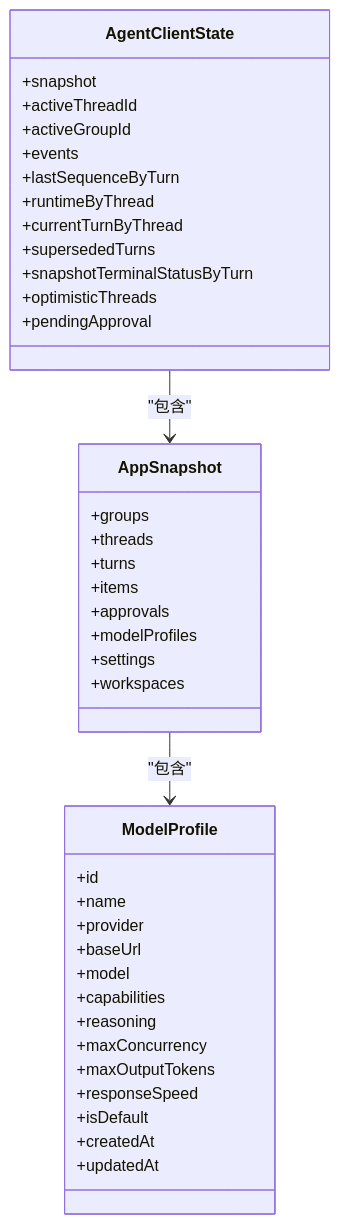
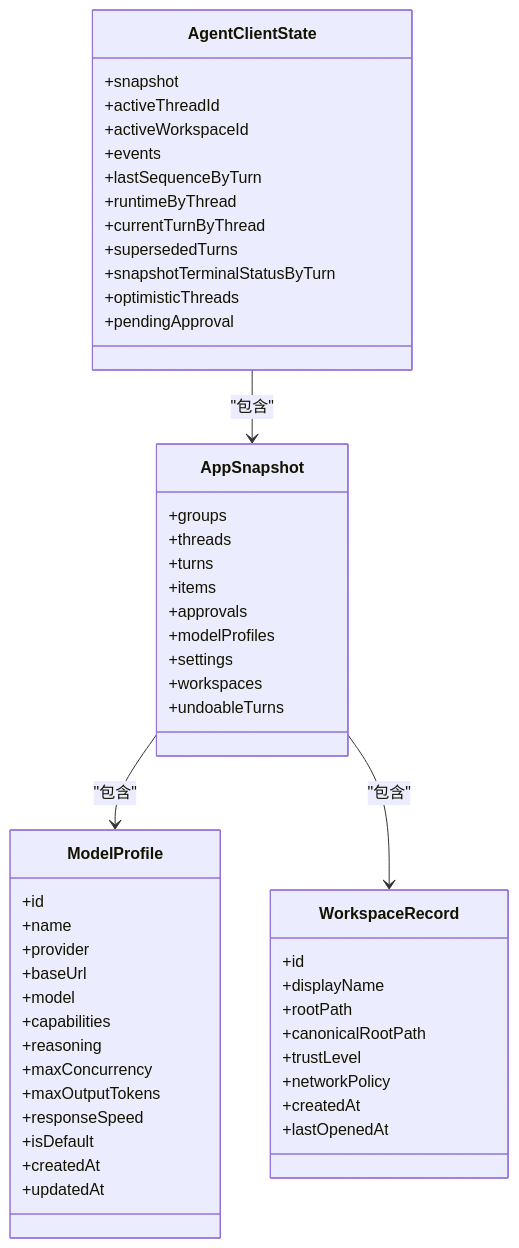
One commit to dyx-9163/ai-aifar changed the fifth of 6 diagrams in .qoder/repowiki/zh/content/核心模块/渲染进程/Vue.js 应用架构.md. Above: the diagram before and after it, drawn with Mermaid. The commit also changed other lines of this file and 10 other files, not shown here.

````diff
--- a/.qoder/repowiki/zh/content/核心模块/渲染进程/Vue.js 应用架构.md
+++ b/.qoder/repowiki/zh/content/核心模块/渲染进程/Vue.js 应用架构.md
@@ -220,43 +245,55 @@
 ```mermaid
 classDiagram
 class AgentClientState {
 +snapshot
 +activeThreadId
-+activeGroupId
++activeWorkspaceId
 +events
 +lastSequenceByTurn
 +runtimeByThread
 +currentTurnByThread
 +supersededTurns
 +snapshotTerminalStatusByTurn
 +optimisticThreads
 +pendingApproval
 }
 class AppSnapshot {
 +groups
 +threads
 +turns
 +items
 +approvals
 +modelProfiles
 +settings
 +workspaces
++undoableTurns
 }
 class ModelProfile {
 +id
 +name
 +provider
 +baseUrl
 +model
 +capabilities
 +reasoning
 +maxConcurrency
 +maxOutputTokens
 +responseSpeed
 +isDefault
 +createdAt
 +updatedAt
 }
+class WorkspaceRecord {
++id
++displayName
++rootPath
++canonicalRootPath
++trustLevel
++networkPolicy
++createdAt
++lastOpenedAt
+}
 AgentClientState --> AppSnapshot : "包含"
 AppSnapshot --> ModelProfile : "包含"
+AppSnapshot --> WorkspaceRecord : "包含"
 ```
````
